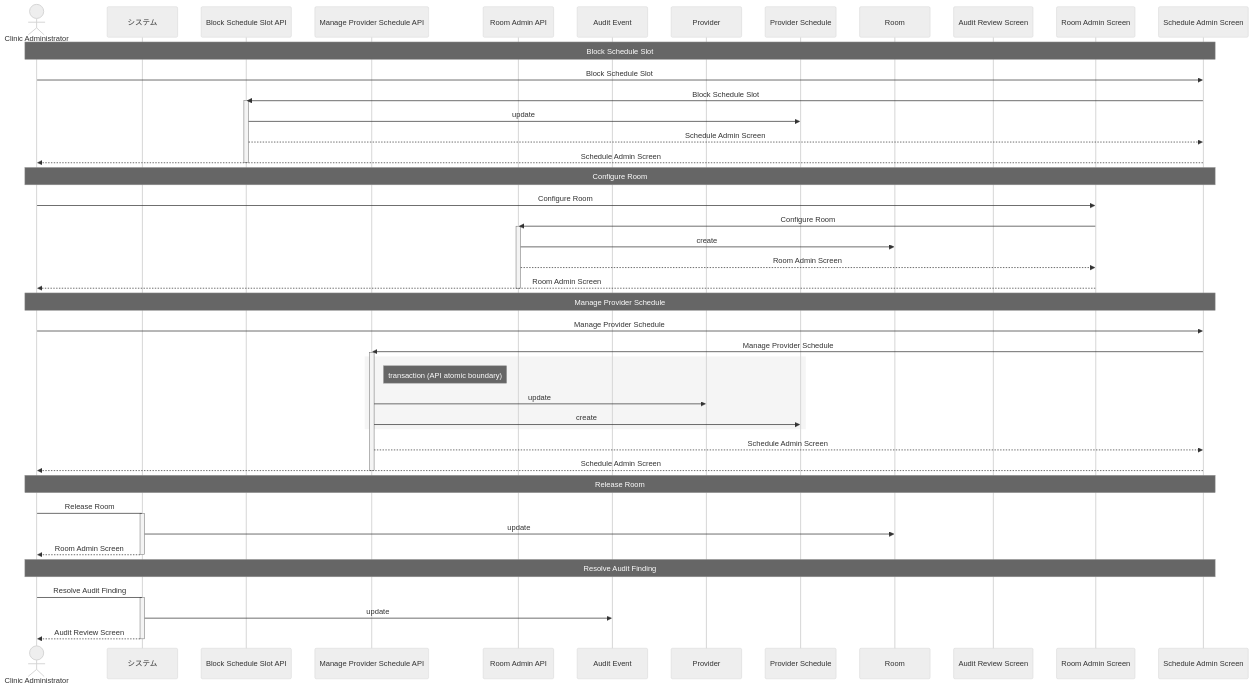
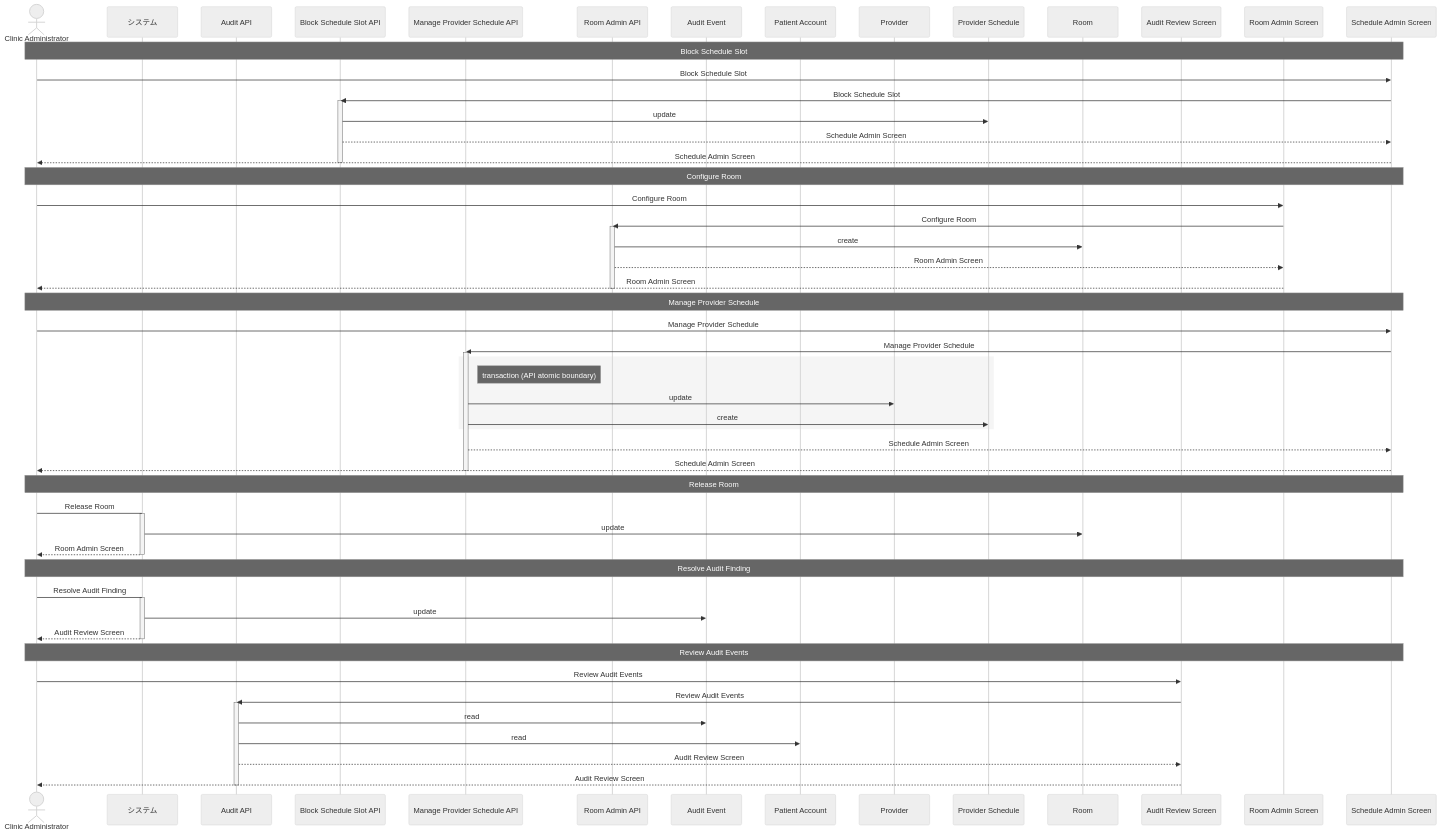
Before and after one commit to manji-0/rdra-ish-dsl: the diagram in samples/clinic-ops/out/buc/sequence_staff_administration.mmd, drawn with Mermaid (neutral theme). The commit also changed 125 other files, not shown here.

Commit message:
docs(samples): embed review diagrams

```diff
--- a/samples/clinic-ops/out/buc/sequence_staff_administration.mmd
+++ b/samples/clinic-ops/out/buc/sequence_staff_administration.mmd
@@ -1,58 +1,70 @@
 sequenceDiagram
   actor ClinicAdmin as Clinic Administrator
   participant System as システム
+  participant AuditApi as Audit API
   participant BlockScheduleSlotApi as Block Schedule Slot API
   participant ManageProviderScheduleApi as Manage Provider Schedule API
   participant RoomAdminApi as Room Admin API
   participant AuditEvent as Audit Event
+  participant PatientAccount as Patient Account
   participant Provider as Provider
   participant ProviderSchedule as Provider Schedule
   participant Room as Room
   participant AuditReviewScreen as Audit Review Screen
   participant RoomAdminScreen as Room Admin Screen
   participant ScheduleAdminScreen as Schedule Admin Screen
 
   Note over ClinicAdmin,ScheduleAdminScreen: Block Schedule Slot
   ClinicAdmin->>ScheduleAdminScreen: Block Schedule Slot
   ScheduleAdminScreen->>BlockScheduleSlotApi: Block Schedule Slot
   activate BlockScheduleSlotApi
   BlockScheduleSlotApi->>ProviderSchedule: update
   BlockScheduleSlotApi-->>ScheduleAdminScreen: Schedule Admin Screen
   ScheduleAdminScreen-->>ClinicAdmin: Schedule Admin Screen
   deactivate BlockScheduleSlotApi
 
   Note over ClinicAdmin,ScheduleAdminScreen: Configure Room
   ClinicAdmin->>RoomAdminScreen: Configure Room
   RoomAdminScreen->>RoomAdminApi: Configure Room
   activate RoomAdminApi
   RoomAdminApi->>Room: create
   RoomAdminApi-->>RoomAdminScreen: Room Admin Screen
   RoomAdminScreen-->>ClinicAdmin: Room Admin Screen
   deactivate RoomAdminApi
 
   Note over ClinicAdmin,ScheduleAdminScreen: Manage Provider Schedule
   ClinicAdmin->>ScheduleAdminScreen: Manage Provider Schedule
   ScheduleAdminScreen->>ManageProviderScheduleApi: Manage Provider Schedule
   activate ManageProviderScheduleApi
   rect rgb(245,245,245)
     Note right of ManageProviderScheduleApi: transaction (API atomic boundary)
     ManageProviderScheduleApi->>Provider: update
     ManageProviderScheduleApi->>ProviderSchedule: create
   end
   ManageProviderScheduleApi-->>ScheduleAdminScreen: Schedule Admin Screen
   ScheduleAdminScreen-->>ClinicAdmin: Schedule Admin Screen
   deactivate ManageProviderScheduleApi
 
   Note over ClinicAdmin,ScheduleAdminScreen: Release Room
   ClinicAdmin->System: Release Room
   activate System
   System->>Room: update
   System-->>ClinicAdmin: Room Admin Screen
   deactivate System
 
   Note over ClinicAdmin,ScheduleAdminScreen: Resolve Audit Finding
   ClinicAdmin->System: Resolve Audit Finding
   activate System
   System->>AuditEvent: update
   System-->>ClinicAdmin: Audit Review Screen
   deactivate System
+
+  Note over ClinicAdmin,ScheduleAdminScreen: Review Audit Events
+  ClinicAdmin->>AuditReviewScreen: Review Audit Events
+  AuditReviewScreen->>AuditApi: Review Audit Events
+  activate AuditApi
+  AuditApi->>AuditEvent: read
+  AuditApi->>PatientAccount: read
+  AuditApi-->>AuditReviewScreen: Audit Review Screen
+  AuditReviewScreen-->>ClinicAdmin: Audit Review Screen
+  deactivate AuditApi
```
